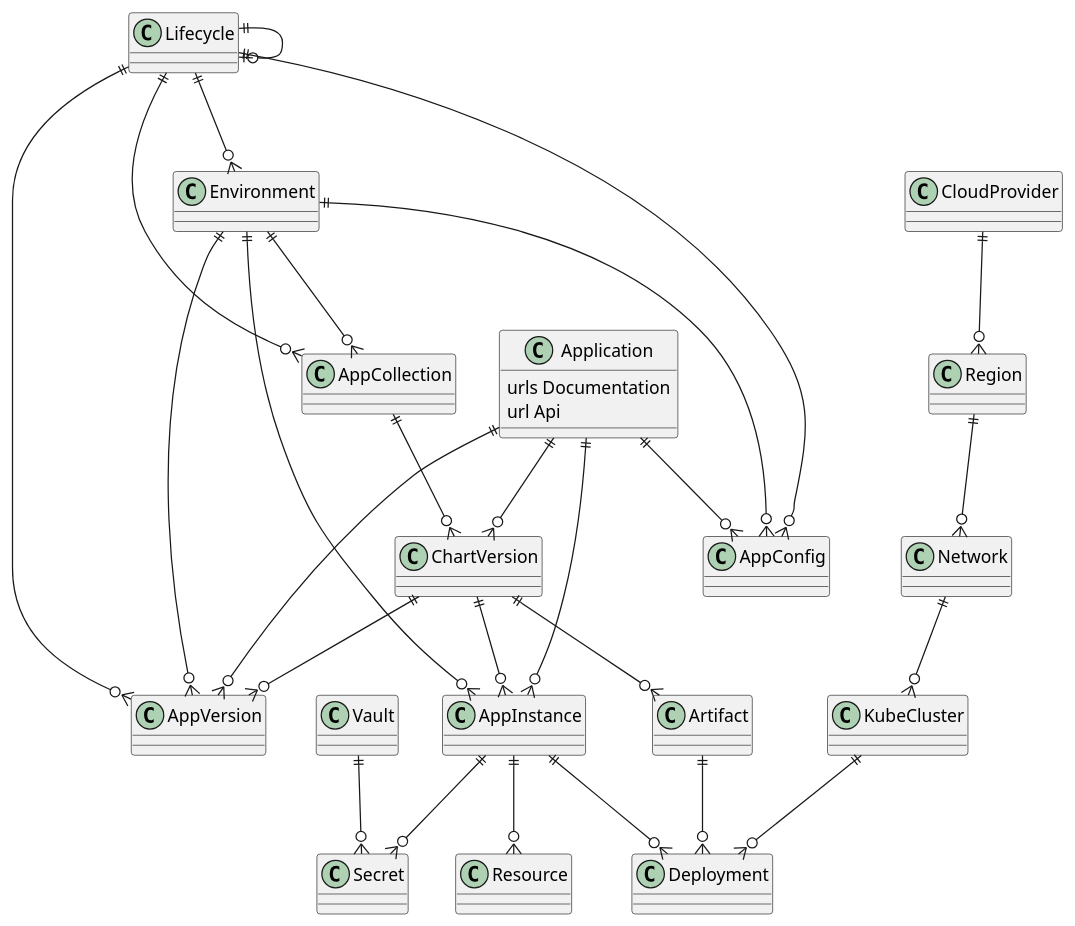
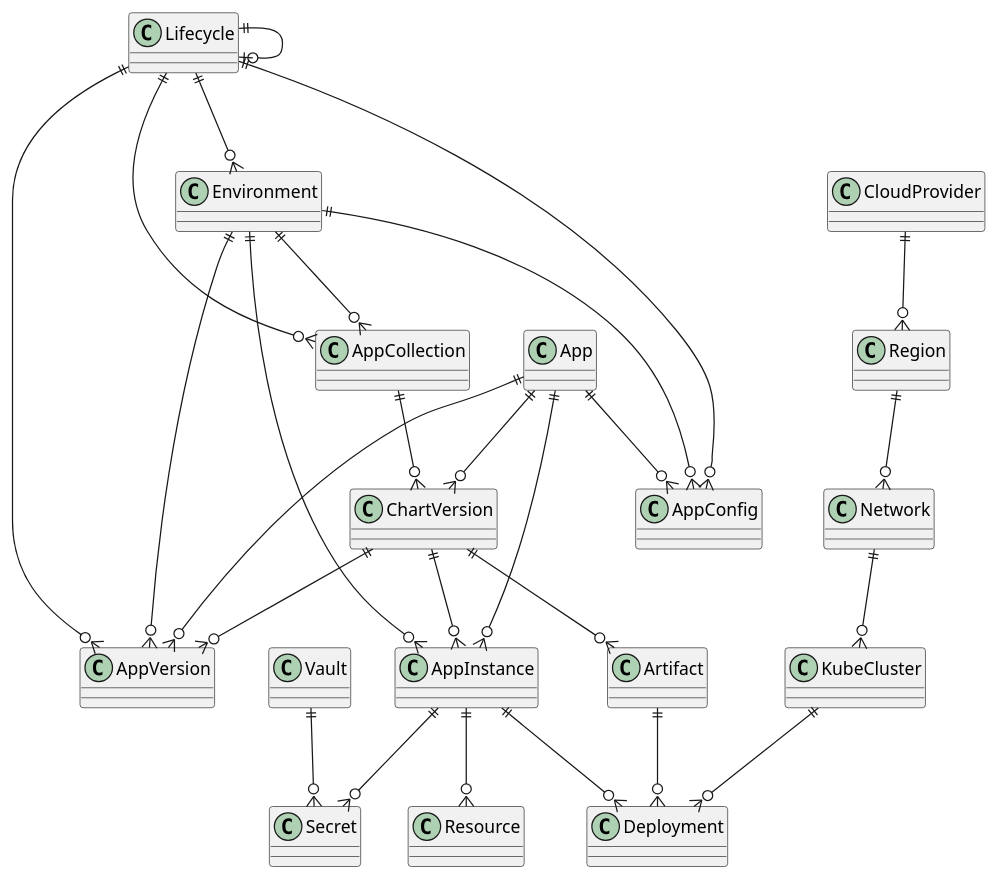
Before and after one commit to johnsdouglass/cmdb: the diagram in docs/erd_plantuml.md, drawn with PlantUML. The commit also changed 3 other files, not shown here.

Commit message:
Changed Application to App

````diff
--- a/docs/erd_plantuml.md
+++ b/docs/erd_plantuml.md
@@ -1,34 +1,30 @@
 ```plantuml
 @startuml
     AppCollection ||--o{ ChartVersion : ""
     AppInstance ||--o{ Deployment : ""
     AppInstance ||--o{ Resource : ""
     AppInstance ||--o{ Secret : ""
-    class Application {
-       urls Documentation
-       url Api
-    }
-    Application ||--o{ AppConfig : ""
-    Application ||--o{ AppInstance : ""
-    Application ||--o{ AppVersion : ""
-    Application ||--o{ ChartVersion : ""
+    App ||--o{ AppConfig : ""
+    App ||--o{ AppInstance : ""
+    App ||--o{ AppVersion : ""
+    App ||--o{ ChartVersion : ""
     Artifact ||--o{ Deployment : ""
     ChartVersion ||--o{ AppInstance : ""
     ChartVersion ||--o{ AppVersion : ""
     ChartVersion ||--o{ Artifact : ""
     CloudProvider ||--o{ Region : ""
     Environment ||--o{ AppCollection : ""    
     Environment ||--o{ AppConfig : ""
     Environment ||--o{ AppInstance : ""
     Environment ||--o{ AppVersion : ""
     KubeCluster ||--o{ Deployment : ""
     Lifecycle ||--o{ AppCollection : ""
     Lifecycle ||--o{ AppConfig : ""
     Lifecycle ||--o{ AppVersion : ""
     Lifecycle ||--o{ Environment : ""
     Lifecycle ||--o| Lifecycle : ""
     Network ||--o{ KubeCluster : ""
     Region ||--o{ Network : ""
     Vault ||--o{ Secret : ""
 @enduml
 ```
````
